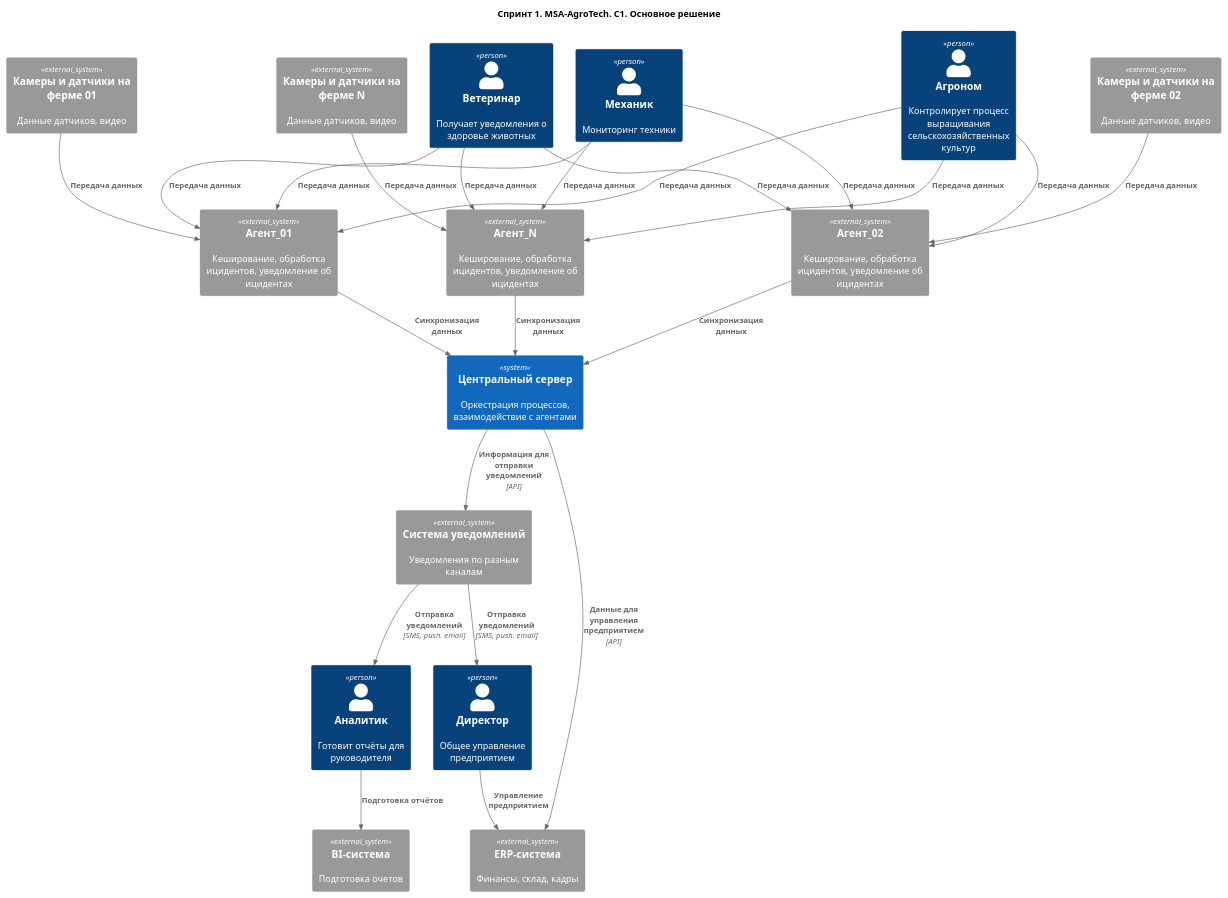
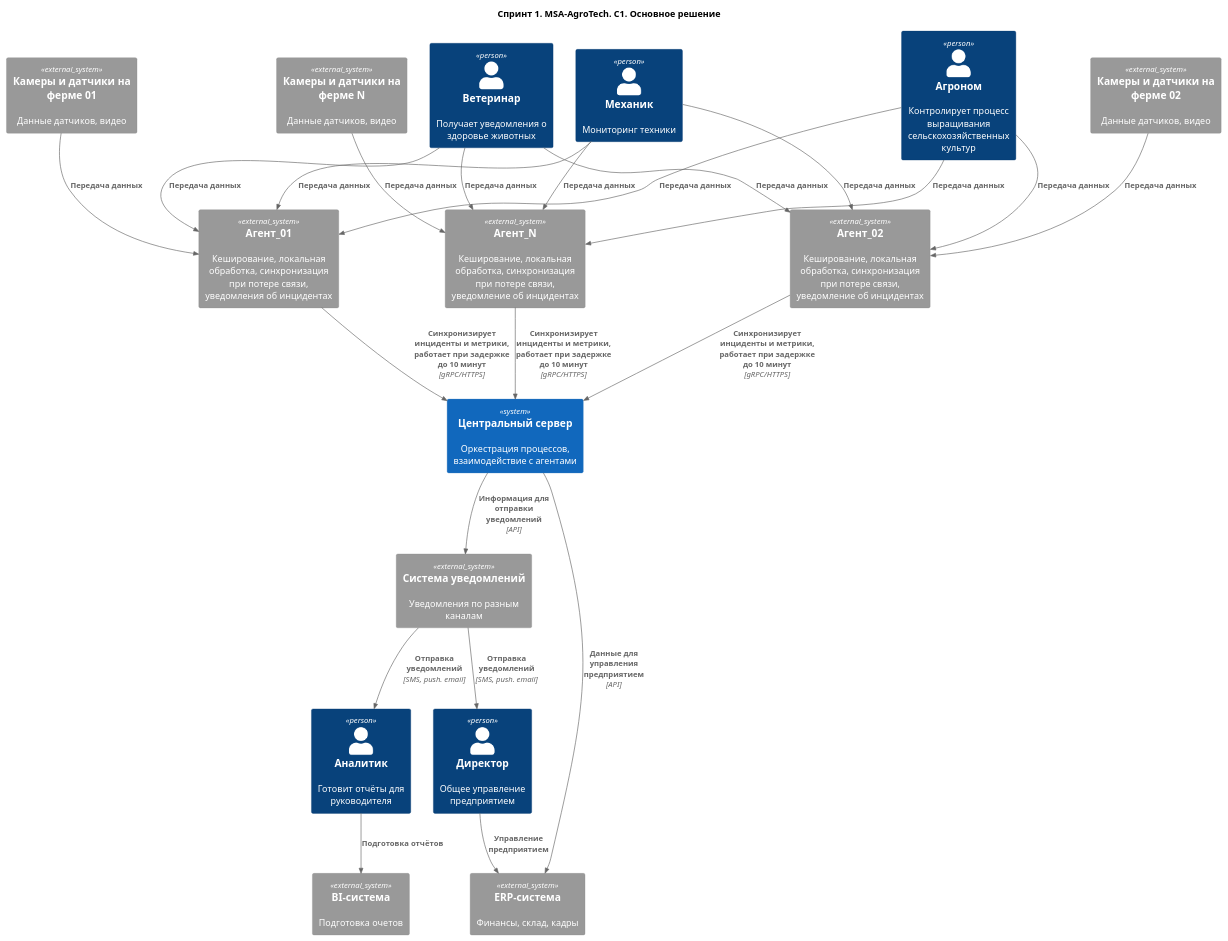
Before and after one commit to EtGr84/MSA-AgroTech: the diagram in Task1/01_task1_main_c1.puml, drawn with PlantUML.

Commit message:
Update farm agents and synchronization details

```diff
--- a/Task1/01_task1_main_c1.puml
+++ b/Task1/01_task1_main_c1.puml
@@ -1,53 +1,53 @@
 @startuml 
 
 !include <C4/C4_Context>
 
 title Спринт 1. MSA-AgroTech. C1. Основное решение
 
 Person(mech, "Механик", "Мониторинг техники")
 Person(vet, "Ветеринар", "Получает уведомления о здоровье животных")
 Person(agro, "Агроном", "Контролирует процесс выращивания сельскохозяйственных культур")
 Person(analit, "Аналитик", "Готовит отчёты для руководителя")
 Person(director, "Директор", "Общее управление предприятием")
 
-System_Ext(farmAgent_1, "Агент_01", "Кеширование, обработка ицидентов, уведомление об ицидентах")
-System_Ext(farmAgent_2, "Агент_02", "Кеширование, обработка ицидентов, уведомление об ицидентах")
-System_Ext(farmAgent_N, "Агент_N", "Кеширование, обработка ицидентов, уведомление об ицидентах")
+System_Ext(farmAgent_1, "Агент_01", "Кеширование, локальная обработка, синхронизация при потере связи, уведомления об инцидентах")
+System_Ext(farmAgent_2, "Агент_02", "Кеширование, локальная обработка, синхронизация при потере связи, уведомление об инцидентах")
+System_Ext(farmAgent_N, "Агент_N", "Кеширование, локальная обработка, синхронизация при потере связи, уведомление об инцидентах")
 System_Ext(cameras_1, "Камеры и датчики на ферме 01", "Данные датчиков, видео")
 System_Ext(cameras_2, "Камеры и датчики на ферме 02", "Данные датчиков, видео")
 System_Ext(cameras_N, "Камеры и датчики на ферме N", "Данные датчиков, видео")
 System(central_server, "Центральный сервер", "Оркестрация процессов, взаимодействие с агентами")
 System_Ext(notify, "Система уведомлений", "Уведомления по разным каналам")
 System_Ext(erp, "ERP-система", "Финансы, склад, кадры")
 System_Ext(bi, "BI-система", "Подготовка очетов")
 
 
 Rel(cameras_1, farmAgent_1, "Передача данных")
 Rel(cameras_2, farmAgent_2, "Передача данных")
 Rel(cameras_N, farmAgent_N, "Передача данных")
 
 Rel(mech, farmAgent_1, "Передача данных")
 Rel(mech, farmAgent_2, "Передача данных")
 Rel(mech, farmAgent_N, "Передача данных")
 
 Rel(vet, farmAgent_1, "Передача данных")
 Rel(vet, farmAgent_2, "Передача данных")
 Rel(vet, farmAgent_N, "Передача данных")
 
 Rel(agro, farmAgent_1, "Передача данных")
 Rel(agro, farmAgent_2, "Передача данных")
 Rel(agro, farmAgent_N, "Передача данных")
 
-Rel(farmAgent_1, central_server, "Синхронизация данных")
-Rel(farmAgent_2, central_server, "Синхронизация данных")
-Rel(farmAgent_N, central_server, "Синхронизация данных")
+Rel(farmAgent_1, central_server, "Синхронизирует инциденты и метрики, работает при задержке до 10 минут", "gRPC/HTTPS")
+Rel(farmAgent_2, central_server, "Синхронизирует инциденты и метрики, работает при задержке до 10 минут", "gRPC/HTTPS")
+Rel(farmAgent_N, central_server, "Синхронизирует инциденты и метрики, работает при задержке до 10 минут", "gRPC/HTTPS")
 
 Rel(central_server, notify, "Информация для отправки уведомлений", "API")
 Rel(central_server, erp, "Данные для управления предприятием", "API")
 
 Rel(notify, director, "Отправка уведомлений", "SMS, push. email")
 Rel(notify, analit, "Отправка уведомлений", "SMS, push. email")
 Rel(director, erp, "Управление предприятием")
 Rel(analit, bi, "Подготовка отчётов")
 
 @enduml
```
